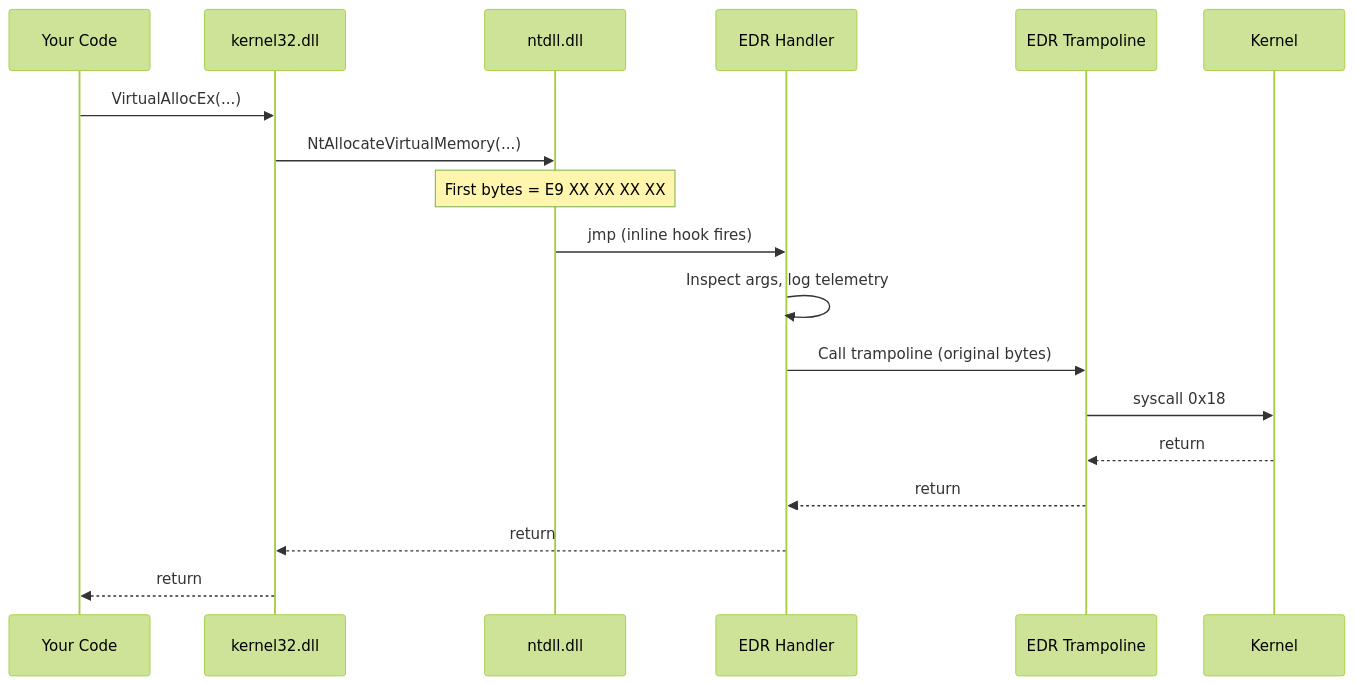
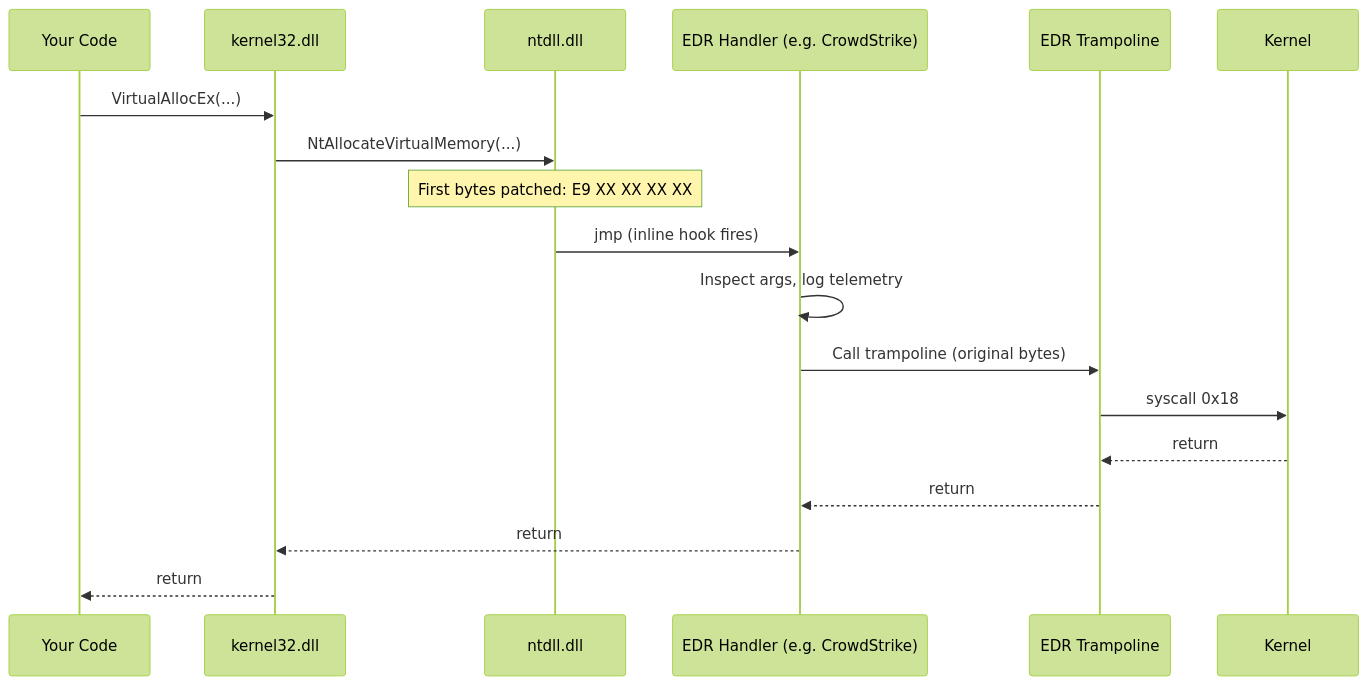
Before and after one commit to 0x90JMP/0x90JMP.github.io: the second of 2 diagrams in _posts/2026-07-15-api-series-call-stack.md, drawn with Mermaid (forest theme). The commit also changed other lines of this file, not shown here.

Commit message:
Fix Part 2: qualify ntdll hook section as CrowdStrike-style, not MDE

````diff
--- a/_posts/2026-07-15-api-series-call-stack.md
+++ b/_posts/2026-07-15-api-series-call-stack.md
@@ -131,21 +133,21 @@
 ```mermaid
 sequenceDiagram
     participant Code as Your Code
     participant K32 as kernel32.dll
     participant NTDLL as ntdll.dll
-    participant EDR as EDR Handler
+    participant EDR as EDR Handler (e.g. CrowdStrike)
     participant Tramp as EDR Trampoline
     participant Kernel as Kernel
 
     Code->>K32: VirtualAllocEx(...)
     K32->>NTDLL: NtAllocateVirtualMemory(...)
-    Note over NTDLL: First bytes = E9 XX XX XX XX
+    Note over NTDLL: First bytes patched: E9 XX XX XX XX
     NTDLL->>EDR: jmp (inline hook fires)
     EDR->>EDR: Inspect args, log telemetry
     EDR->>Tramp: Call trampoline (original bytes)
     Tramp->>Kernel: syscall 0x18
     Kernel-->>Tramp: return
     Tramp-->>EDR: return
     EDR-->>K32: return
     K32-->>Code: return
 ```
````
